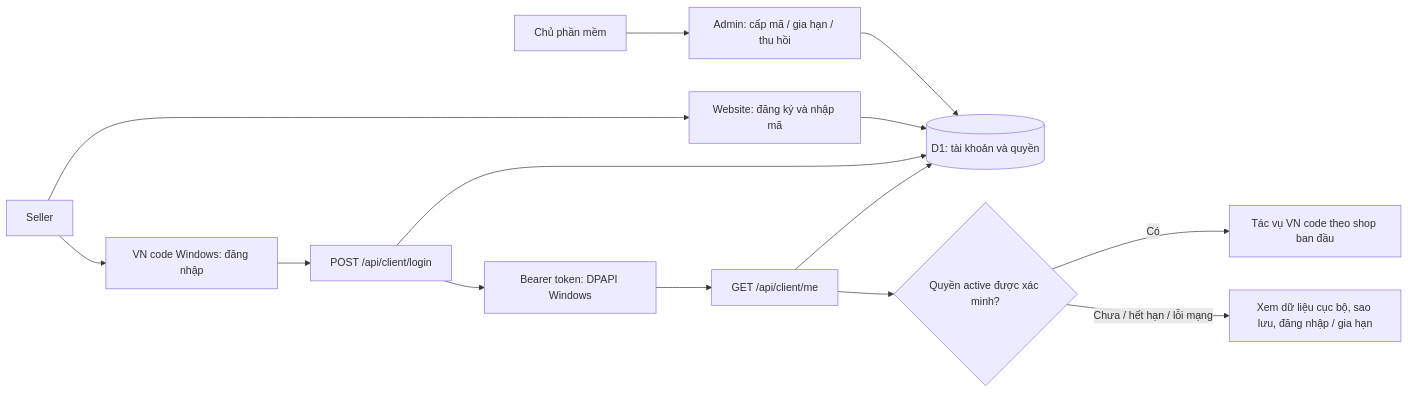
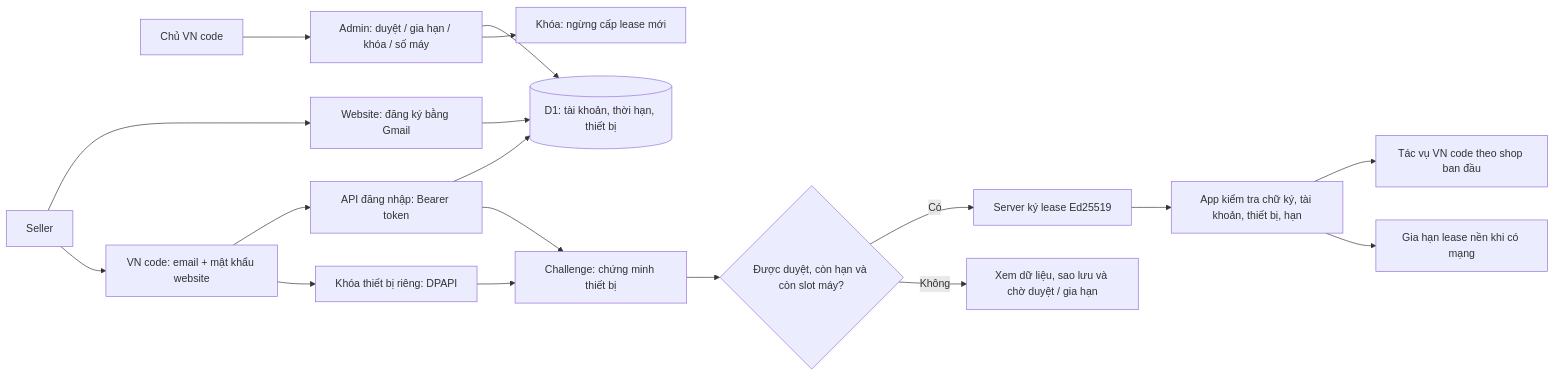
Before and after one commit to ntccong2468-lab/Bancapnhat: the diagram in docs/superpowers/specs/2026-10-12-vn-code-web-license-design.md, drawn with Mermaid. The commit also changed other lines of this file, not shown here.

````diff
--- a/docs/superpowers/specs/2026-10-12-vn-code-web-license-design.md
+++ b/docs/superpowers/specs/2026-10-12-vn-code-web-license-design.md
@@ -22,16 +26,20 @@
 ```mermaid
 flowchart LR
-    O[Chủ phần mềm] --> A[Admin: cấp mã / gia hạn / thu hồi]
-    A --> D[(D1: tài khoản và quyền)]
-    S[Seller] --> W[Website: đăng ký và nhập mã]
+    O[Chủ VN code] --> A[Admin: duyệt / gia hạn / khóa / số máy]
+    A --> D[(D1: tài khoản, thời hạn, thiết bị)]
+    S[Seller] --> W[Website: đăng ký bằng Gmail]
     W --> D
-    S --> V[VN code Windows: đăng nhập]
-    V --> L[POST /api/client/login]
+    S --> V[VN code: email + mật khẩu website]
+    V --> L[API đăng nhập: Bearer token]
     L --> D
-    L --> T[Bearer token: DPAPI Windows]
-    T --> M[GET /api/client/me]
-    M --> D
-    M --> R{Quyền active được xác minh?}
-    R -->|Có| F[Tác vụ VN code theo shop ban đầu]
-    R -->|Chưa / hết hạn / lỗi mạng| Q[Xem dữ liệu cục bộ, sao lưu, đăng nhập / gia hạn]
+    V --> K[Khóa thiết bị riêng: DPAPI]
+    K --> C[Challenge: chứng minh thiết bị]
+    L --> C
+    C --> Q{Được duyệt, còn hạn và còn slot máy?}
+    Q -->|Có| P[Server ký lease Ed25519]
+    Q -->|Không| R[Xem dữ liệu, sao lưu và chờ duyệt / gia hạn]
+    P --> E[App kiểm tra chữ ký, tài khoản, thiết bị, hạn]
+    E --> F[Tác vụ VN code theo shop ban đầu]
+    E --> B[Gia hạn lease nền khi có mạng]
+    A --> N[Khóa: ngừng cấp lease mới]
 ```
````
